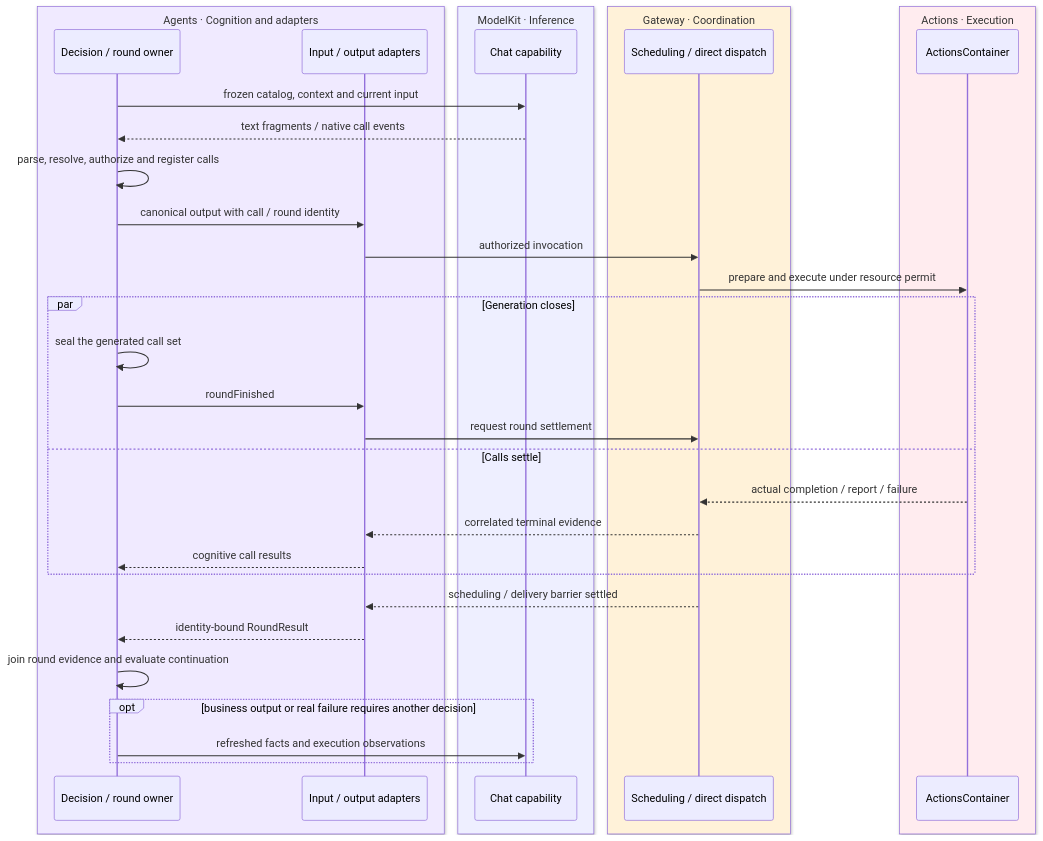
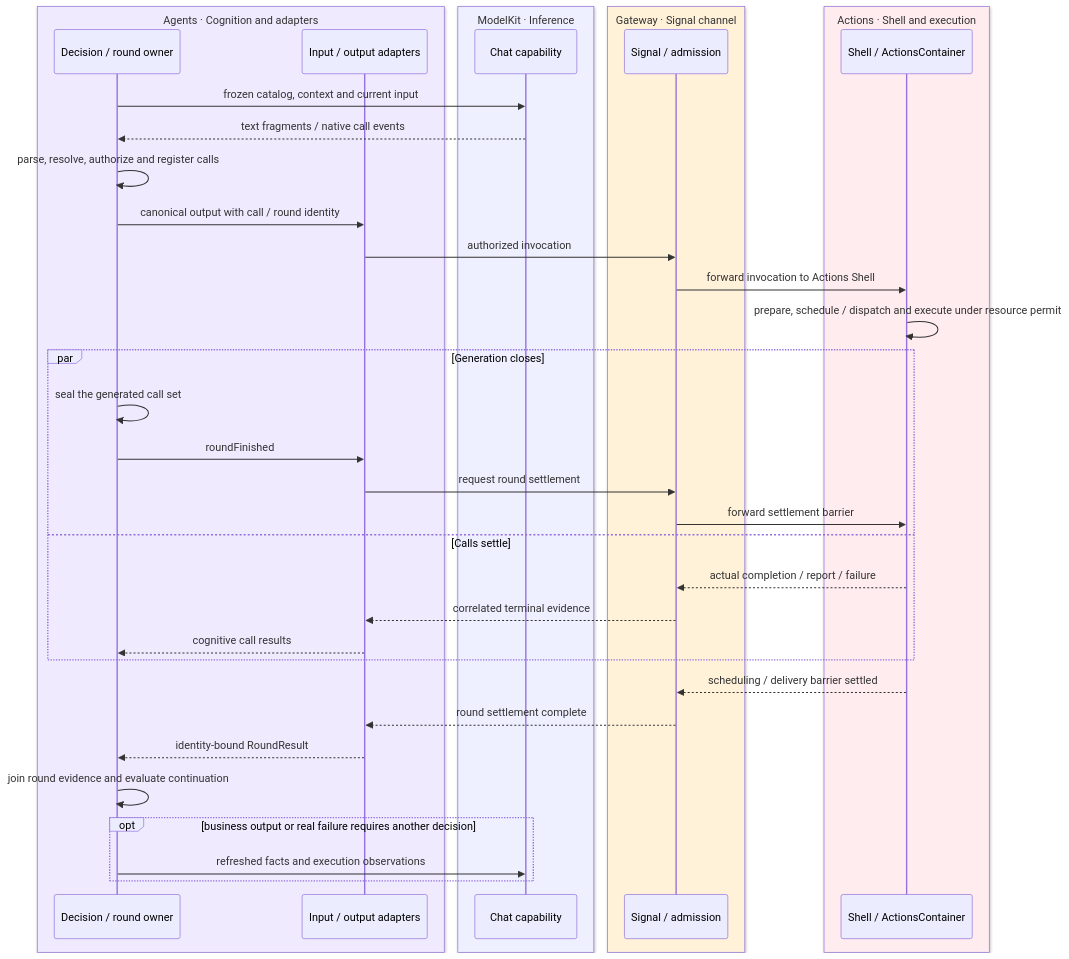
Before and after one commit to devilyouwei/MobileHarness: diagram 15 of 27 in MobileHarness/README.md, drawn with Mermaid. The commit also changed other lines of this file and 4 other files, not shown here.

First line of the commit message:
docs: align READMEs and diagrams with Gateway/Actions separation

````diff
--- a/MobileHarness/README.md
+++ b/MobileHarness/README.md
@@ -953,37 +967,40 @@
 ```mermaid
 sequenceDiagram
     box rgb(240,234,255) Agents · Cognition and adapters
         participant A as Decision / round owner
         participant B as Input / output adapters
     end
     box rgb(238,239,255) ModelKit · Inference
         participant M as Chat capability
     end
-    box rgb(255,242,217) Gateway · Coordination
-        participant G as Scheduling / direct dispatch
+    box rgb(255,242,217) Gateway · Signal channel
+        participant G as Signal / admission
     end
-    box rgb(255,236,239) Actions · Execution
-        participant X as ActionsContainer
+    box rgb(255,236,239) Actions · Shell and execution
+        participant X as Shell / ActionsContainer
     end
     A->>M: frozen catalog, context and current input
     M-->>A: text fragments / native call events
     A->>A: parse, resolve, authorize and register calls
     A->>B: canonical output with call / round identity
     B->>G: authorized invocation
-    G->>X: prepare and execute under resource permit
+    G->>X: forward invocation to Actions Shell
+    X->>X: prepare, schedule / dispatch and execute under resource permit
     par Generation closes
         A->>A: seal the generated call set
         A->>B: roundFinished
         B->>G: request round settlement
+        G->>X: forward settlement barrier
     and Calls settle
         X-->>G: actual completion / report / failure
         G-->>B: correlated terminal evidence
         B-->>A: cognitive call results
     end
-    G-->>B: scheduling / delivery barrier settled
+    X-->>G: scheduling / delivery barrier settled
+    G-->>B: round settlement complete
     B-->>A: identity-bound RoundResult
     A->>A: join round evidence and evaluate continuation
     opt business output or real failure requires another decision
         A->>M: refreshed facts and execution observations
     end
 ```
````
